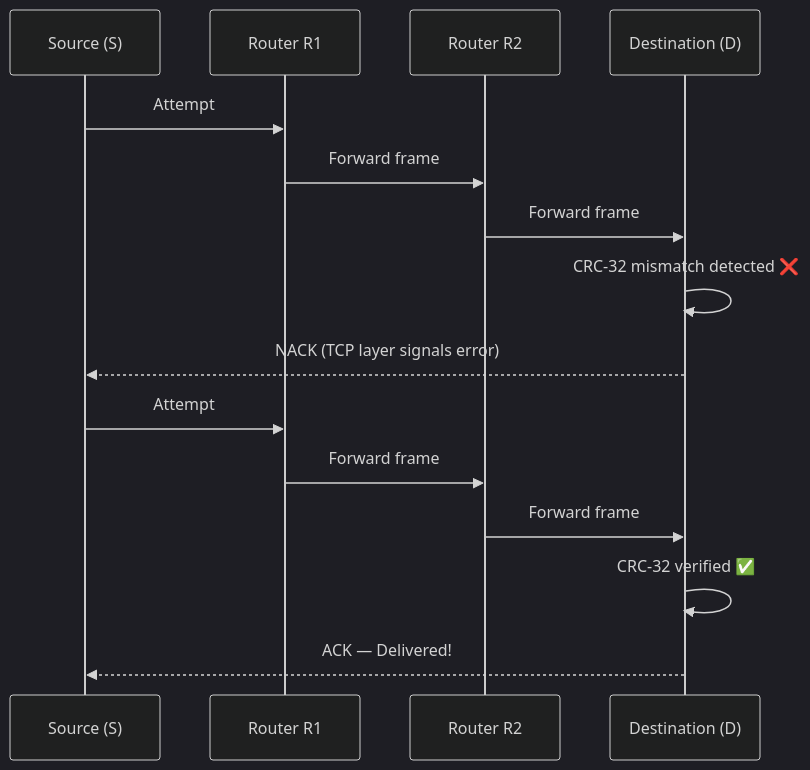
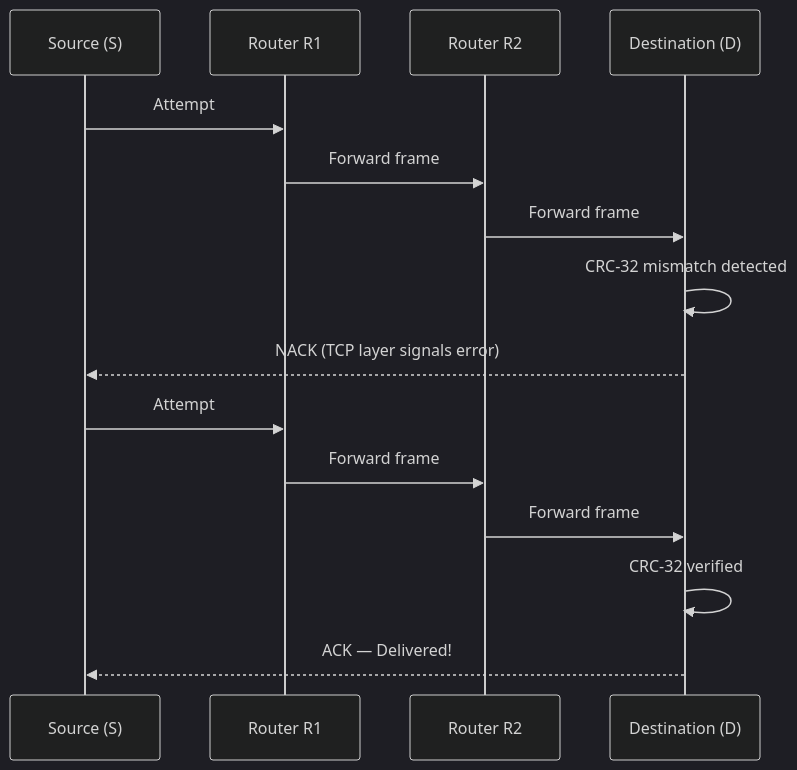
Before and after one commit to Eldo-John-Giby/Adaptive-Network-Routing-Congestion-Control: the seventh of 10 diagrams in README.md, drawn with Mermaid (dark theme). The commit also changed other lines of this file, not shown here.

````diff
--- a/README.md
+++ b/README.md
@@ -277,19 +277,19 @@
 ```mermaid
 sequenceDiagram
-    participant S as Source (S)
-    participant R1 as Router R1
-    participant R2 as Router R2
-    participant D as Destination (D)
+participant S as Source (S)
+participant R1 as Router R1
+participant R2 as Router R2
+participant D as Destination (D)
 
-    S->>R1: Attempt #1 (CRC bit-flip injected)
-    R1->>R2: Forward frame
-    R2->>D: Forward frame
-    D->>D: CRC-32 mismatch detected ❌
-    D-->>S: NACK (TCP layer signals error)
+S->>R1: Attempt #1 (CRC bit-flip injected)
+R1->>R2: Forward frame
+R2->>D: Forward frame
+D->>D: CRC-32 mismatch detected 
+D-->>S: NACK (TCP layer signals error)
 
-    S->>R1: Attempt #2 (Clean retransmission)
-    R1->>R2: Forward frame
-    R2->>D: Forward frame
-    D->>D: CRC-32 verified ✅
-    D-->>S: ACK — Delivered!
+S->>R1: Attempt #2 (Clean retransmission)
+R1->>R2: Forward frame
+R2->>D: Forward frame
+D->>D: CRC-32 verified 
+D-->>S: ACK — Delivered!
 ```
````
